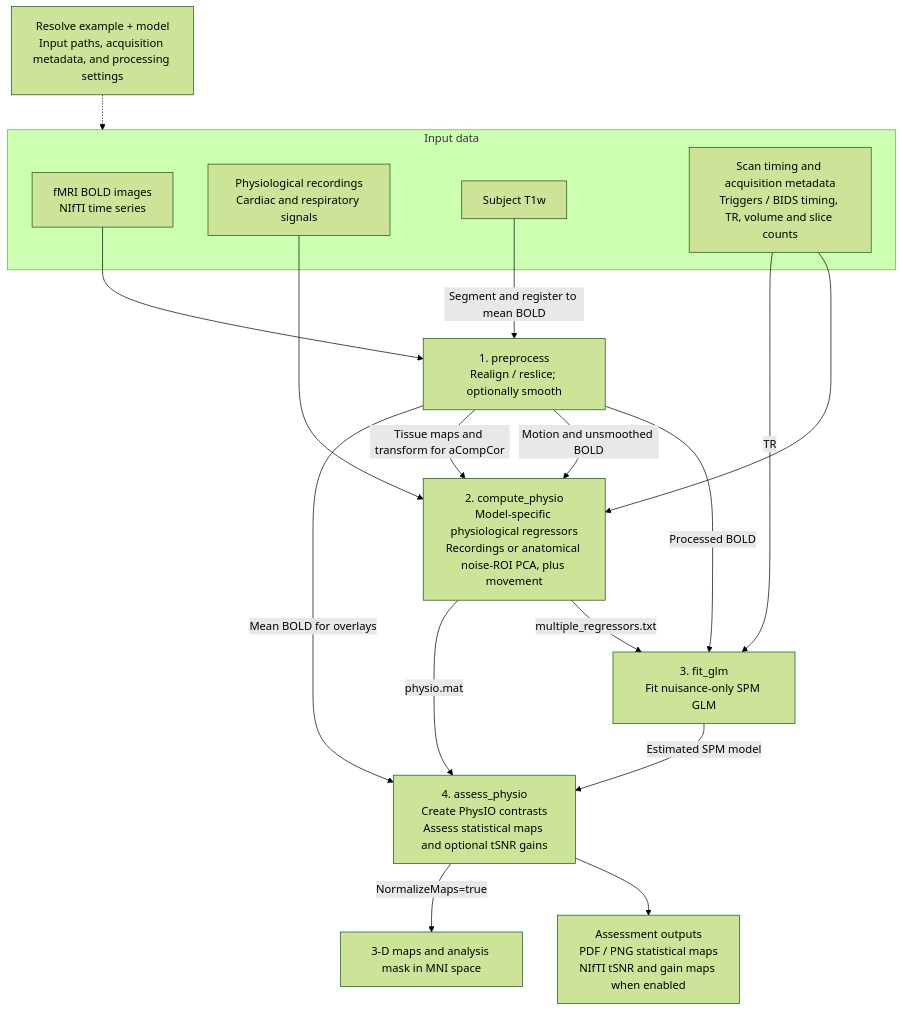
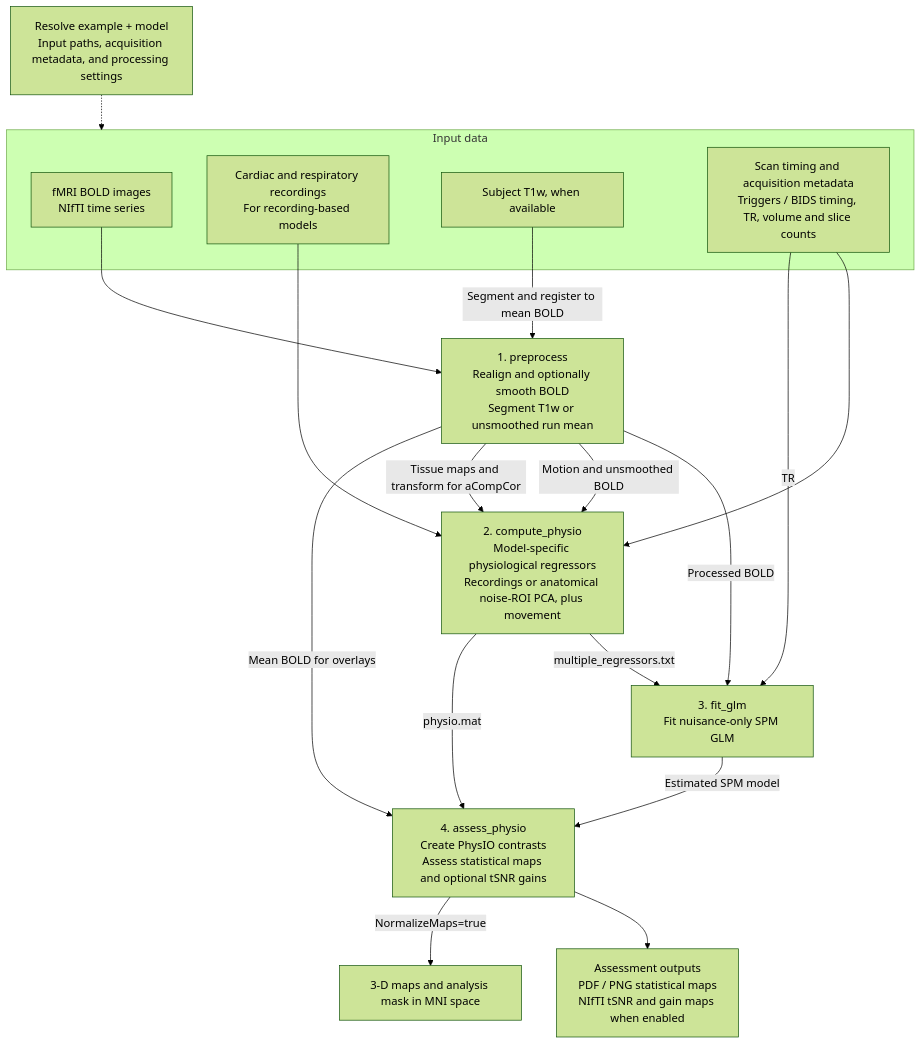
The diagram in README.md (likeajumprope/PhysIO-4-All), drawn with Mermaid (forest theme) before and after one commit. The commit also changed other lines of this file and 17 other files, not shown here.

````diff
--- a/README.md
+++ b/README.md
@@ -313,27 +315,27 @@
 ```mermaid
 flowchart TD
     config["Resolve example + model<br/>Input paths, acquisition metadata, and processing settings"]
 
     subgraph inputs["Input data"]
         bold["fMRI BOLD images<br/>NIfTI time series"]
-        recordings["Physiological recordings<br/>Cardiac and respiratory signals"]
-        anatomy["Subject T1w"]
+        recordings["Cardiac and respiratory recordings<br/>For recording-based models"]
+        anatomy["Subject T1w, when available"]
         timing["Scan timing and acquisition metadata<br/>Triggers / BIDS timing, TR, volume and slice counts"]
     end
 
     config -.-> inputs
-    bold --> preprocess["1. preprocess<br/>Realign / reslice; optionally smooth"]
+    bold --> preprocess["1. preprocess<br/>Realign and optionally smooth BOLD<br/>Segment T1w or unsmoothed run mean"]
     preprocess -->|Processed BOLD| glm["3. fit_glm<br/>Fit nuisance-only SPM GLM"]
     preprocess -->|Motion and unsmoothed BOLD| physio["2. compute_physio<br/>Model-specific physiological regressors<br/>Recordings or anatomical noise-ROI PCA, plus movement"]
     recordings --> physio
     anatomy -->|Segment and register to mean BOLD| preprocess
     preprocess -->|Tissue maps and transform for aCompCor| physio
     timing --> physio
     timing -->|TR| glm
     physio -->|multiple_regressors.txt| glm
     physio -->|physio.mat| assess["4. assess_physio<br/>Create PhysIO contrasts<br/>Assess statistical maps and optional tSNR gains"]
     glm -->|Estimated SPM model| assess
     preprocess -->|Mean BOLD for overlays| assess
     assess --> reports["Assessment outputs<br/>PDF / PNG statistical maps<br/>NIfTI tSNR and gain maps when enabled"]
     assess -->|NormalizeMaps=true| standard["3-D maps and analysis mask in MNI space"]
 ```
````
